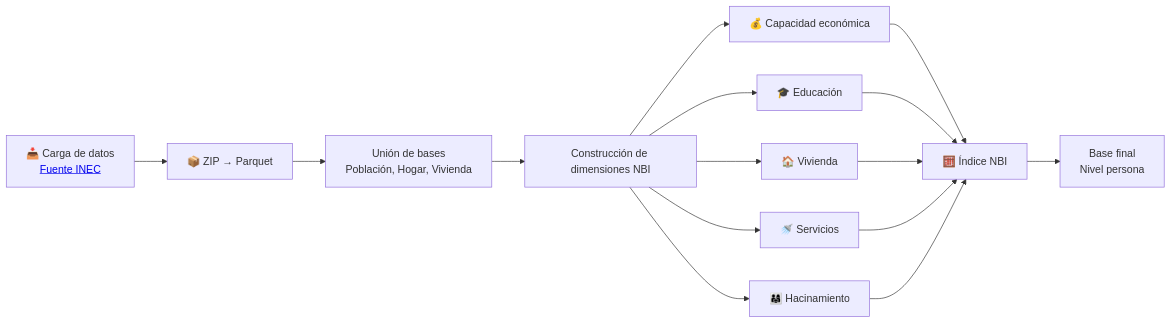
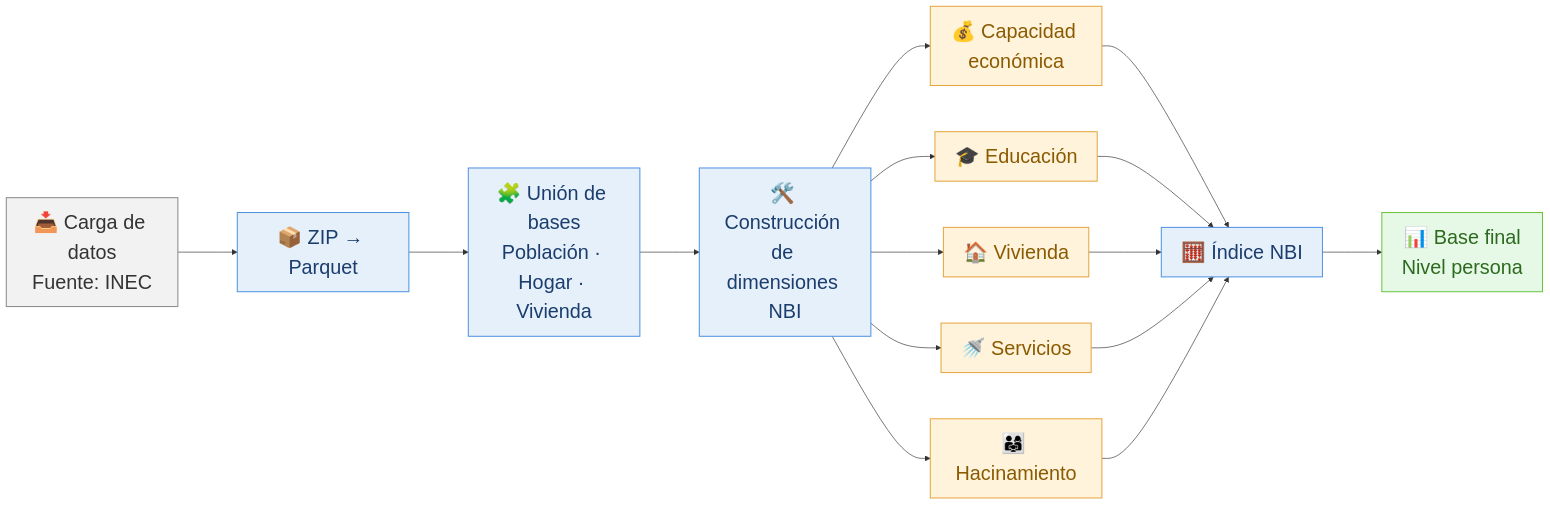
Before and after one commit to kalbujas-spec/Proyecto_final_NBI: the diagram in data_cleaning.qmd, drawn with Mermaid. The commit also changed other lines of this file and 6 other files, not shown here.

````diff
--- a/data_cleaning.qmd
+++ b/data_cleaning.qmd
@@ -17,22 +19,48 @@
 ```{mermaid}
+%%{init: {
+  'themeVariables': { 
+    'fontSize': '30px'
+  },
+  'flowchart': {
+    'nodeSpacing': 70,
+    'rankSpacing': 90,
+    'curve': 'basis'
+  }
+}}%%
 flowchart LR
 
-A["📥 Carga de datos<br><a href='https://www.censoecuador.gob.ec/data-censo-ecuador/#bddvdos'>Fuente INEC</a>"] --> B["📦 ZIP → Parquet"]
-B --> C[" Unión de bases<br>Población, Hogar, Vivienda"]
-C --> D[" Construcción de dimensiones NBI"]
+classDef etapa fill:#f2f2f2,stroke:#888,stroke-width:1.5px,color:#333;
+classDef proceso fill:#e6f0fa,stroke:#4a90e2,stroke-width:1.5px,color:#1a3d6d;
+classDef dim fill:#fff3db,stroke:#e6a23c,stroke-width:1.5px,color:#8a5a00;
+classDef final fill:#e6f9e6,stroke:#67c23a,stroke-width:1.5px,color:#2d6a1f;
 
+A["📥 Carga de datos<br/>Fuente: INEC"]:::etapa
+B["📦 ZIP → Parquet"]:::proceso
+C["🧩 Unión de bases<br/>Población · Hogar · Vivienda"]:::proceso
+D["🛠️ Construcción de dimensiones NBI"]:::proceso
 
-D --> D1["💰 Capacidad económica"]
-D --> D2["🎓 Educación"]
-D --> D3["🏠 Vivienda"]
-D --> D4["🚿 Servicios"]
-D --> D5["👨‍👩‍👧 Hacinamiento"]
+D1["💰 Capacidad económica"]:::dim
+D2["🎓 Educación"]:::dim
+D3["🏠 Vivienda"]:::dim
+D4["🚿 Servicios"]:::dim
+D5["👨‍👩‍👧 Hacinamiento"]:::dim
 
-D1 --> E["🧮 Índice NBI"]
+E["🧮 Índice NBI"]:::proceso
+F["📊 Base final<br/>Nivel persona"]:::final
+
+A --> B --> C --> D
+
+D --> D1
+D --> D2
+D --> D3
+D --> D4
+D --> D5
+
+D1 --> E
 D2 --> E
 D3 --> E
 D4 --> E
 D5 --> E
 
-E --> F[" Base final<br>Nivel persona"]
+E --> F
 ```
````
